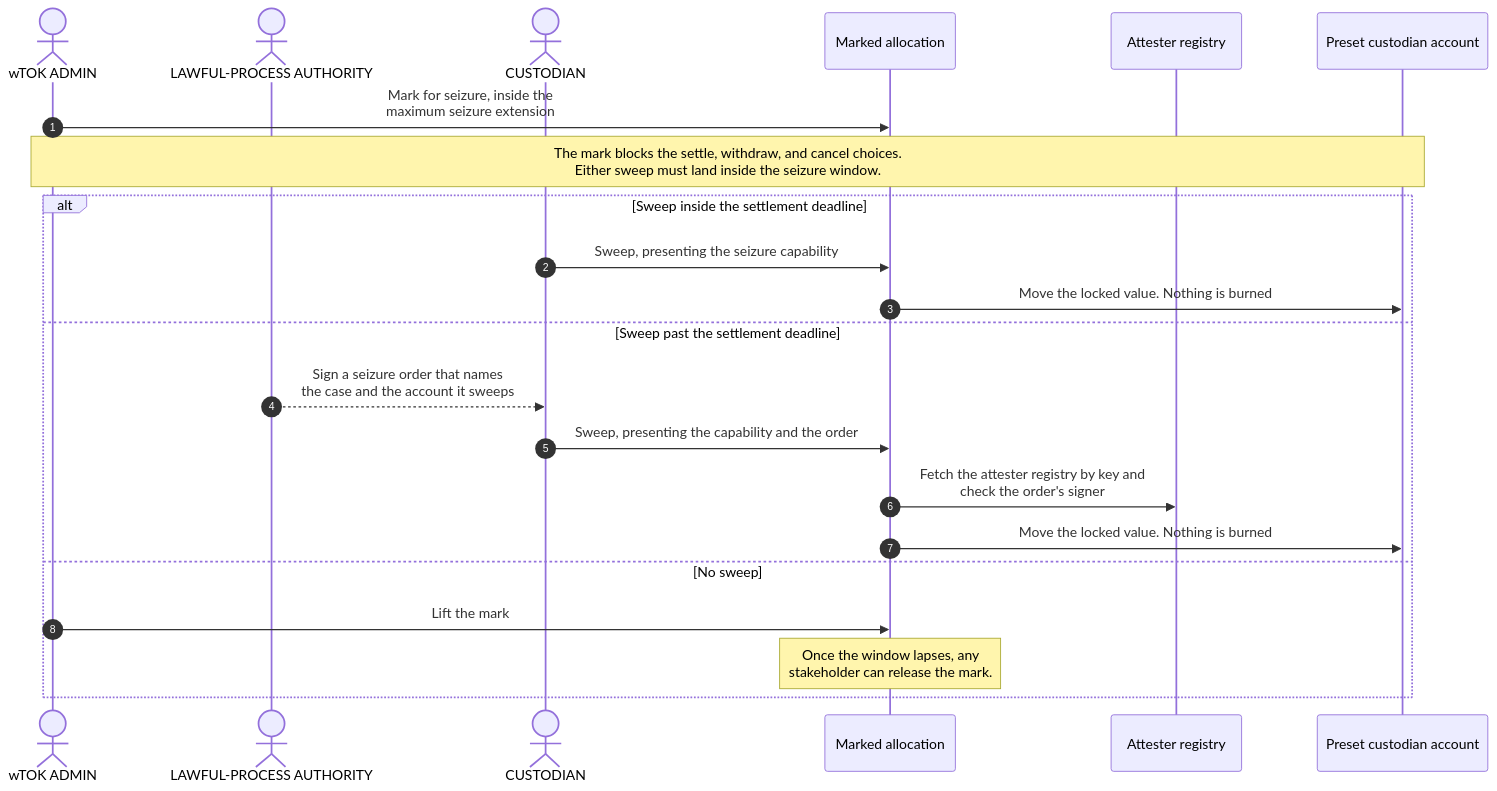
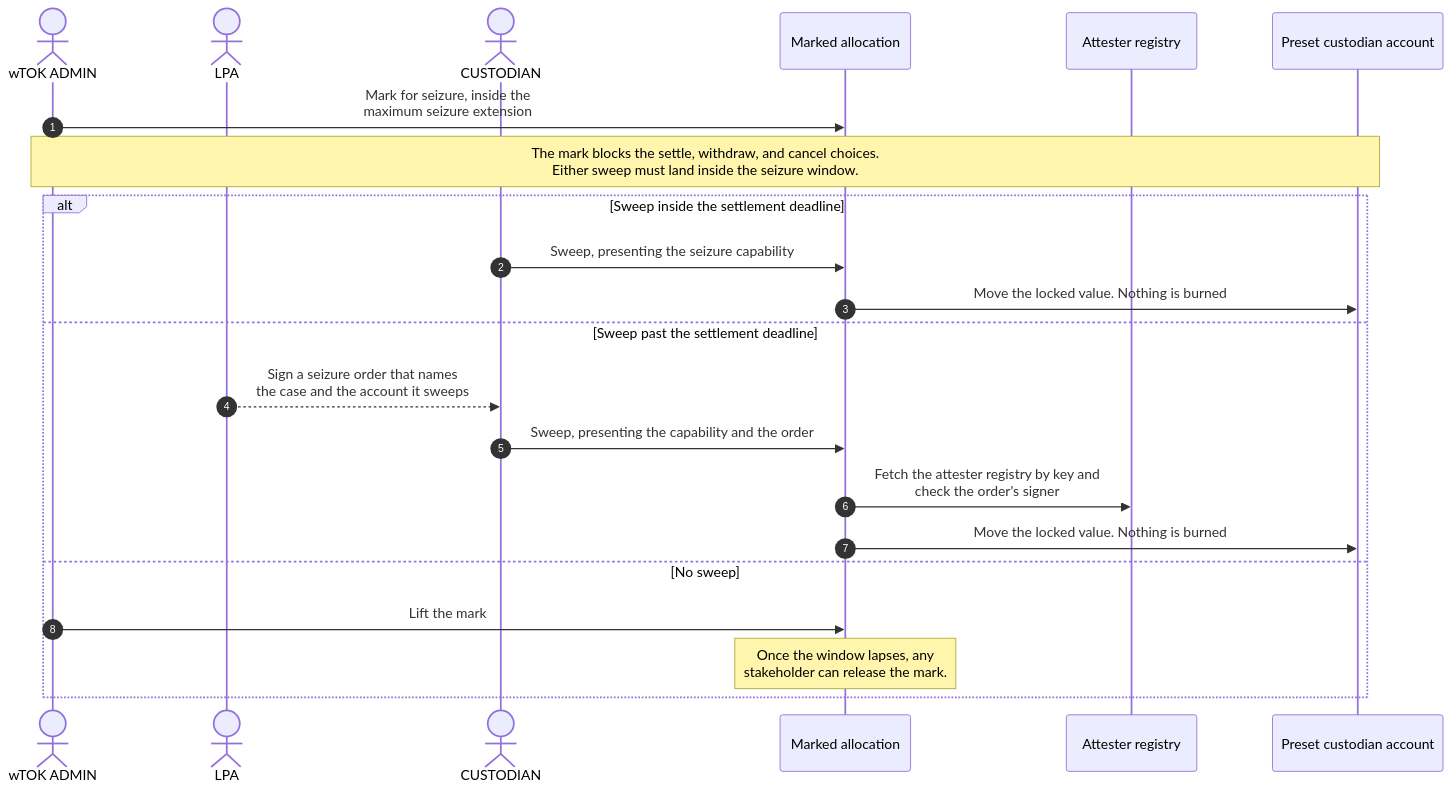
One commit to OpenZeppelin/canton-specs changed the fourth of 4 diagrams in docs/reference-architectures/cross-chain-stablecoin.md. Above: the diagram before and after it, drawn with Mermaid. The commit also changed other lines of this file and 1 other file, not shown here.

````diff
--- a/docs/reference-architectures/cross-chain-stablecoin.md
+++ b/docs/reference-architectures/cross-chain-stablecoin.md
@@ -786,25 +943,25 @@
 ```mermaid
 sequenceDiagram
     autonumber
     actor Admin as wTOK ADMIN
-    actor Authority as LAWFUL-PROCESS AUTHORITY
+    actor Authority as LPA
     actor Custodian as CUSTODIAN
     participant Target as Marked allocation
     participant AttReg as Attester registry
     participant Custody as Preset custodian account
 
     Admin->>Target: Mark for seizure, inside the<br/>maximum seizure extension
     Note over Admin,Custody: The mark blocks the settle, withdraw, and cancel choices.<br/>Either sweep must land inside the seizure window.
     alt Sweep inside the settlement deadline
         Custodian->>Target: Sweep, presenting the seizure capability
         Target->>Custody: Move the locked value. Nothing is burned
     else Sweep past the settlement deadline
         Authority-->>Custodian: Sign a seizure order that names<br/>the case and the account it sweeps
         Custodian->>Target: Sweep, presenting the capability and the order
         Target->>AttReg: Fetch the attester registry by key and<br/>check the order's signer
         Target->>Custody: Move the locked value. Nothing is burned
     else No sweep
         Admin->>Target: Lift the mark
         Note over Target: Once the window lapses, any<br/>stakeholder can release the mark.
     end
 ```
````
